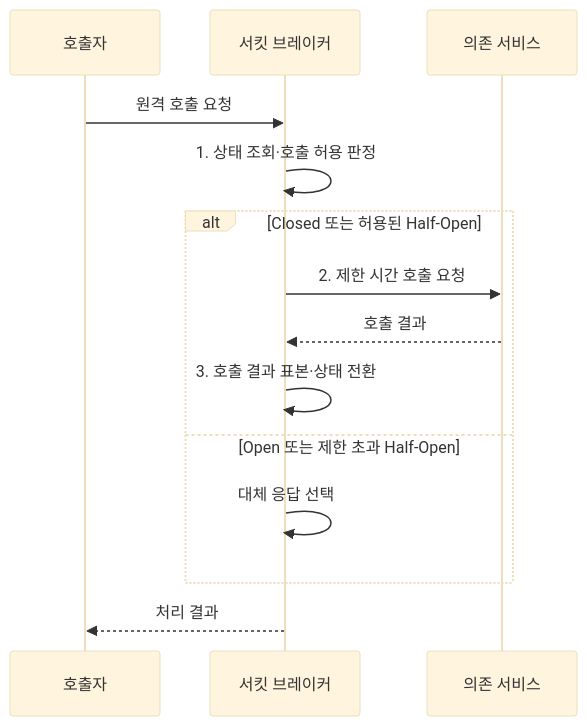
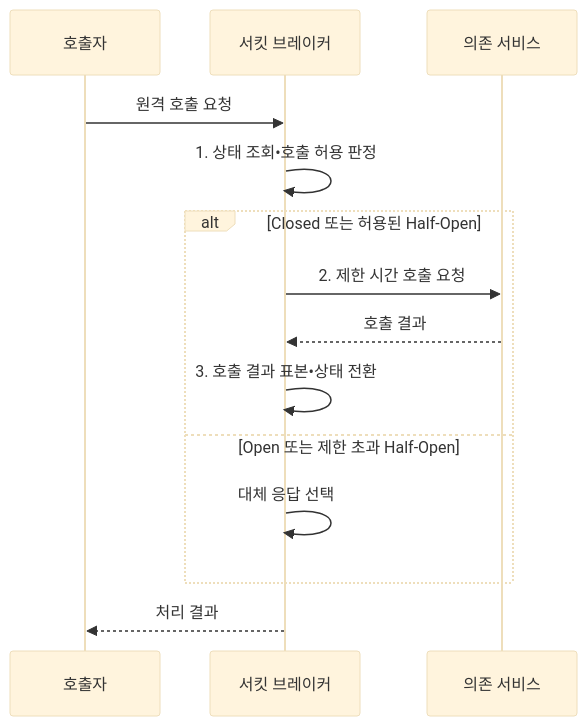
Before and after one commit to agnusdei1207/knowledge-base: the second of 2 diagrams in src/content/docs/notes/03-software/041_circuit_breaker_pattern.md, drawn with Mermaid (base theme). The commit also changed other lines of this file and 953 other files, not shown here.

````diff
--- a/src/content/docs/notes/03-software/041_circuit_breaker_pattern.md
+++ b/src/content/docs/notes/03-software/041_circuit_breaker_pattern.md
@@ -104,16 +104,16 @@
 ```mermaid
 sequenceDiagram
     participant C as 호출자
     participant B as 서킷 브레이커
     participant D as 의존 서비스
     C->>B: 원격 호출 요청
-    B->>B: 1. 상태 조회·호출 허용 판정
+    B->>B: 1. 상태 조회•호출 허용 판정
     alt Closed 또는 허용된 Half-Open
         B->>D: 2. 제한 시간 호출 요청
         D-->>B: 호출 결과
-        B->>B: 3. 호출 결과 표본·상태 전환
+        B->>B: 3. 호출 결과 표본•상태 전환
     else Open 또는 제한 초과 Half-Open
         B->>B: 대체 응답 선택
     end
     B-->>C: 처리 결과
 ```
````
